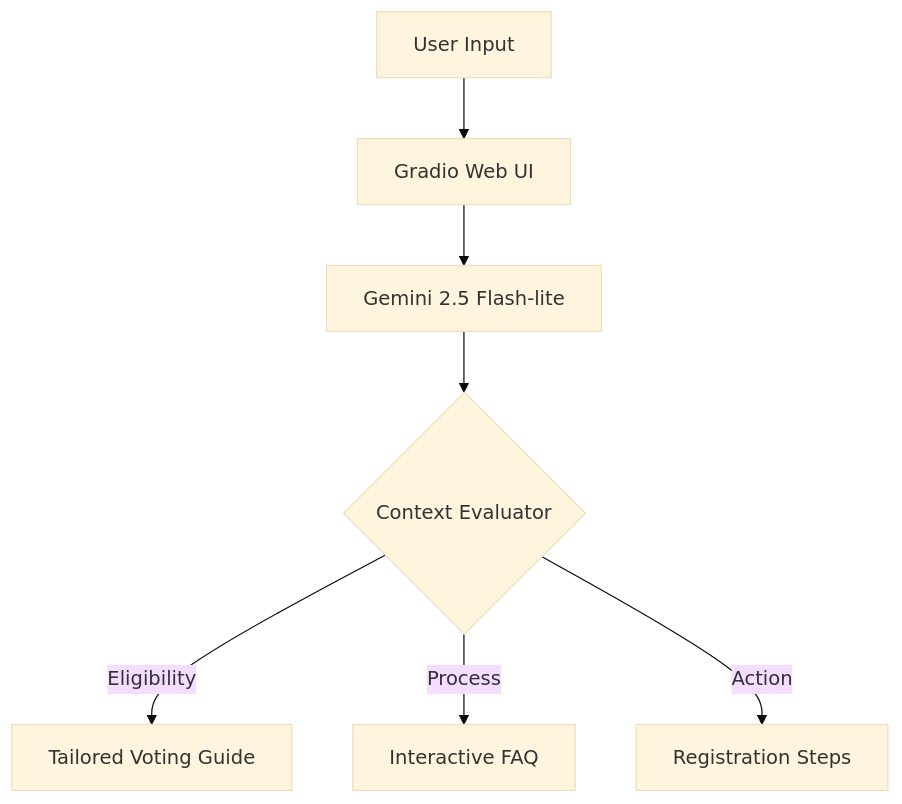
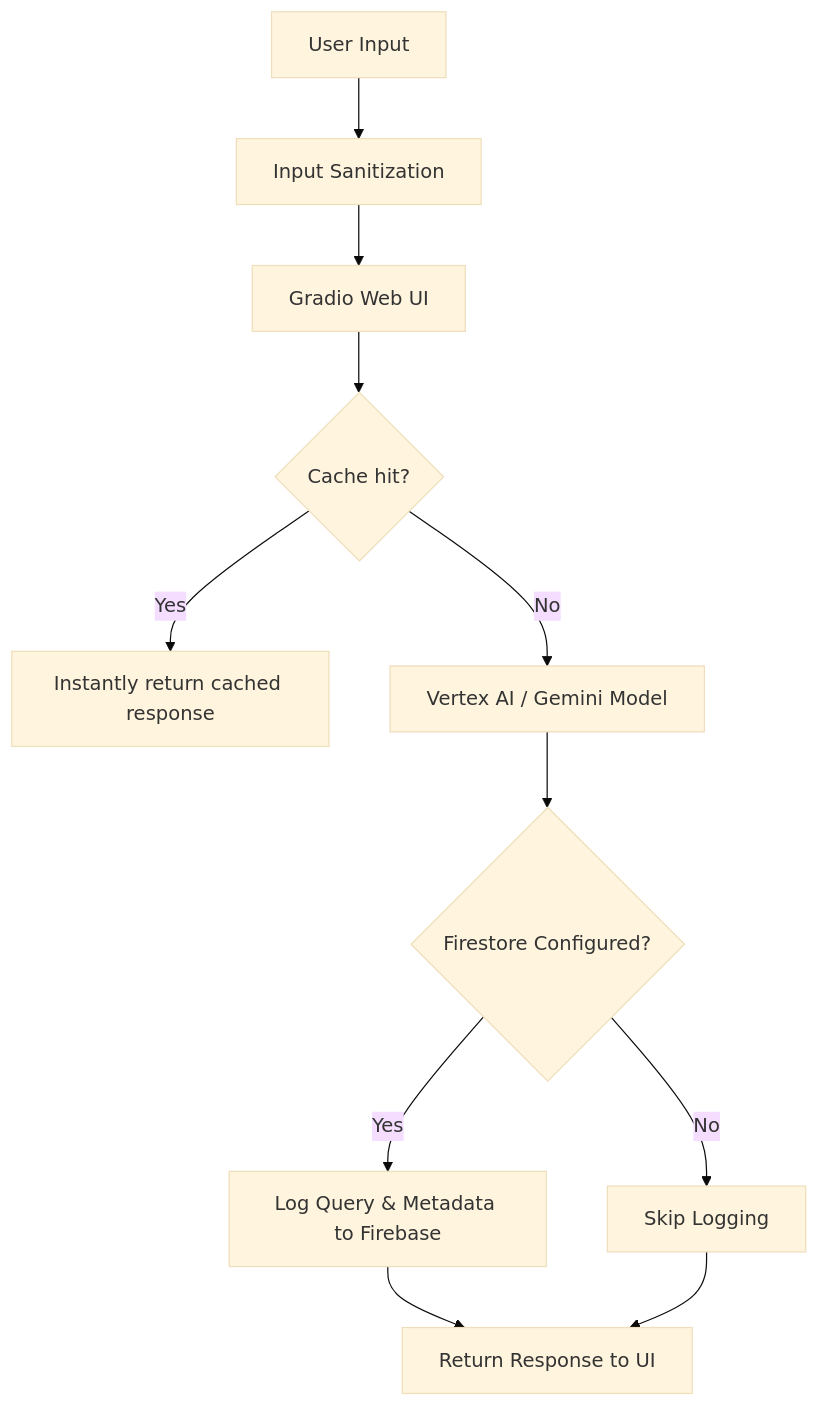
The diagram in README.md (exedistrict-ux/AI-Driven-Task-Orchestrator), drawn with Mermaid (base theme) before and after one commit. The commit also changed other lines of this file, not shown here.

Commit message:
docs: comprehensively update README to reflect GCP integrations, architecture, and optimizations

````diff
--- a/README.md
+++ b/README.md
@@ -59,9 +67,13 @@
 ```mermaid
 graph TD
-    A[User Input] --> B[Gradio Web UI]
-    B --> C[Gemini 2.5 Flash-lite]
-    C --> D{Context Evaluator}
-    D -->|Eligibility| E[Tailored Voting Guide]
-    D -->|Process| F[Interactive FAQ]
-    D -->|Action| G[Registration Steps]
+    A[User Input] --> B[Input Sanitization]
+    B --> C[Gradio Web UI]
+    C --> D{Cache hit?}
+    D -->|Yes| E[Instantly return cached response]
+    D -->|No| F[Vertex AI / Gemini Model]
+    F --> G{Firestore Configured?}
+    G -->|Yes| H[Log Query & Metadata to Firebase]
+    G -->|No| I[Skip Logging]
+    H --> J[Return Response to UI]
+    I --> J
 ```
````
